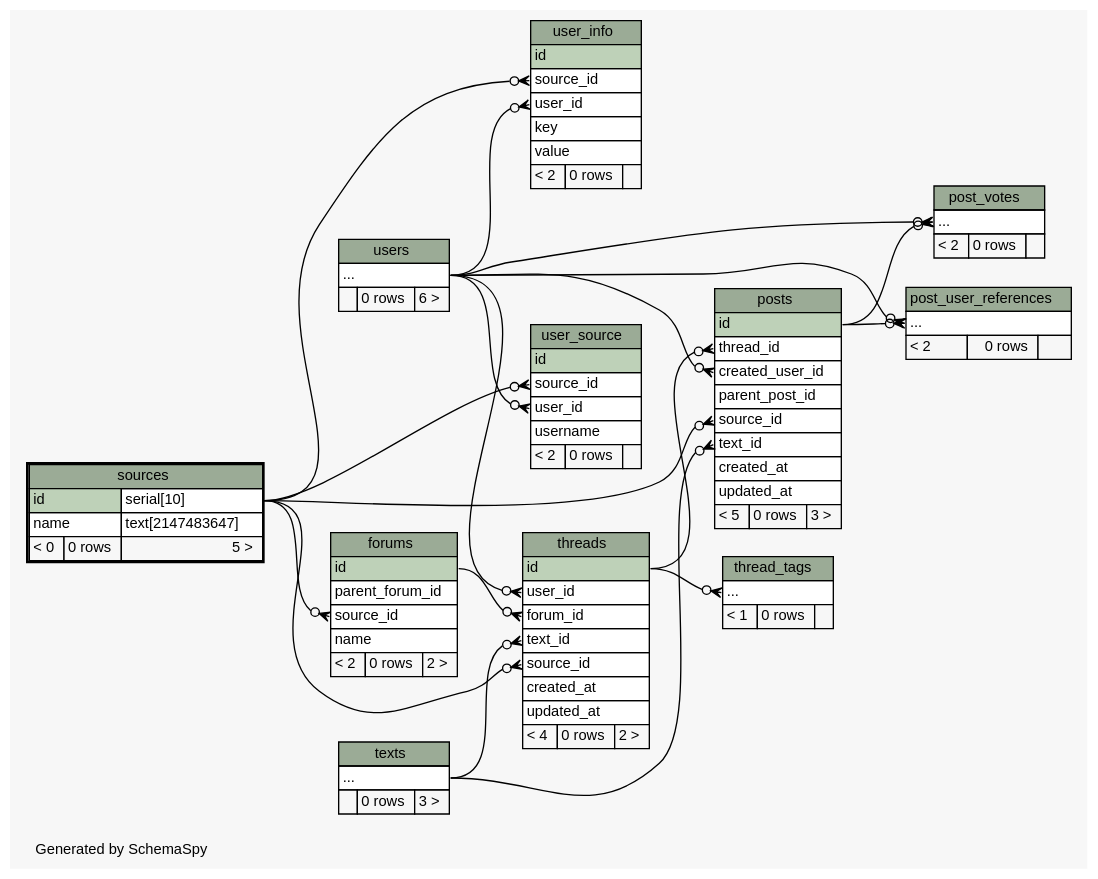
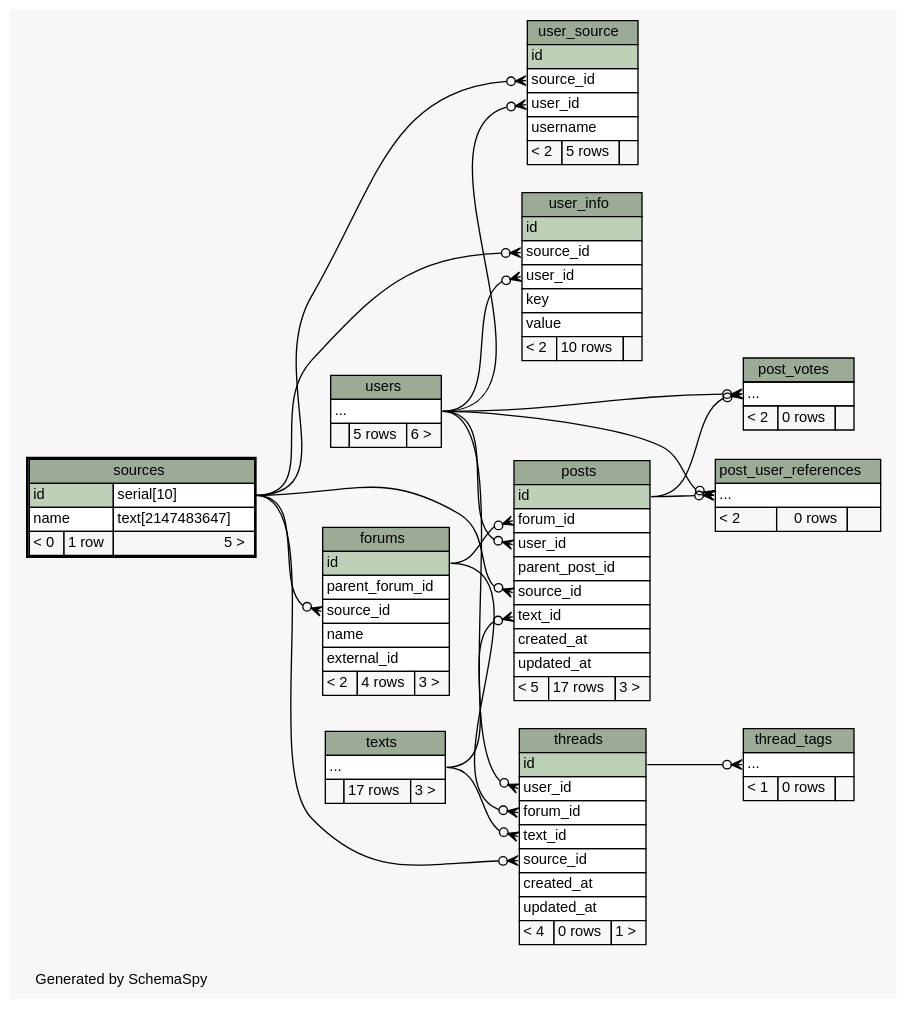
Before and after one commit to ryanaustincarlson/moocdb: the diagram in schema/oltp/diagrams/sources.2degrees.dot, drawn with Graphviz. The commit also changed 77 other files, not shown here.

Commit message:
updated oltp schema

```diff
--- a/schema/oltp/diagrams/sources.2degrees.dot
+++ b/schema/oltp/diagrams/sources.2degrees.dot
@@ -1,174 +1,175 @@
-// dot 2.34.0 on Mac OS X 10.8.3
+// dot 2.32.0 on Mac OS X 10.8.5
 // SchemaSpy rev 590
 digraph "twoDegreesRelationshipsDiagram" {
   graph [
     rankdir="RL"
     bgcolor="#f7f7f7"
     label="\nGenerated by SchemaSpy"
     labeljust="l"
     nodesep="0.18"
     ranksep="0.46"
     fontname="Helvetica"
     fontsize="11"
   ];
   node [
     fontname="Helvetica"
     fontsize="11"
     shape="plaintext"
   ];
   edge [
     arrowsize="0.8"
   ];
   "forums":"source_id":w -> "sources":"id.type":e [arrowhead=none dir=back arrowtail=crowodot];
   "post_user_references":"elipses":w -> "posts":"id":e [arrowhead=none dir=back arrowtail=crowodot];
   "post_user_references":"elipses":w -> "users":"elipses":e [arrowhead=none dir=back arrowtail=crowodot];
   "post_votes":"elipses":w -> "posts":"id":e [arrowhead=none dir=back arrowtail=crowodot];
   "post_votes":"elipses":w -> "users":"elipses":e [arrowhead=none dir=back arrowtail=crowodot];
-  "posts":"created_user_id":w -> "users":"elipses":e [arrowhead=none dir=back arrowtail=crowodot];
+  "posts":"forum_id":w -> "forums":"id":e [arrowhead=none dir=back arrowtail=crowodot];
   "posts":"source_id":w -> "sources":"id.type":e [arrowhead=none dir=back arrowtail=crowodot];
   "posts":"text_id":w -> "texts":"elipses":e [arrowhead=none dir=back arrowtail=crowodot];
-  "posts":"thread_id":w -> "threads":"id":e [arrowhead=none dir=back arrowtail=crowodot];
+  "posts":"user_id":w -> "users":"elipses":e [arrowhead=none dir=back arrowtail=crowodot];
   "thread_tags":"elipses":w -> "threads":"id":e [arrowhead=none dir=back arrowtail=crowodot];
   "threads":"forum_id":w -> "forums":"id":e [arrowhead=none dir=back arrowtail=crowodot];
   "threads":"source_id":w -> "sources":"id.type":e [arrowhead=none dir=back arrowtail=crowodot];
   "threads":"text_id":w -> "texts":"elipses":e [arrowhead=none dir=back arrowtail=crowodot];
   "threads":"user_id":w -> "users":"elipses":e [arrowhead=none dir=back arrowtail=crowodot];
   "user_info":"source_id":w -> "sources":"id.type":e [arrowhead=none dir=back arrowtail=crowodot];
   "user_info":"user_id":w -> "users":"elipses":e [arrowhead=none dir=back arrowtail=crowodot];
   "user_source":"source_id":w -> "sources":"id.type":e [arrowhead=none dir=back arrowtail=crowodot];
   "user_source":"user_id":w -> "users":"elipses":e [arrowhead=none dir=back arrowtail=crowodot];
   "forums" [
     label=<
     <TABLE BORDER="0" CELLBORDER="1" CELLSPACING="0" BGCOLOR="#ffffff">
       <TR><TD COLSPAN="3" BGCOLOR="#9bab96" ALIGN="CENTER">forums</TD></TR>
       <TR><TD PORT="id" COLSPAN="3" BGCOLOR="#bed1b8" ALIGN="LEFT">id</TD></TR>
       <TR><TD PORT="parent_forum_id" COLSPAN="3" ALIGN="LEFT">parent_forum_id</TD></TR>
       <TR><TD PORT="source_id" COLSPAN="3" ALIGN="LEFT">source_id</TD></TR>
       <TR><TD PORT="name" COLSPAN="3" ALIGN="LEFT">name</TD></TR>
-      <TR><TD ALIGN="LEFT" BGCOLOR="#f7f7f7">&lt; 2</TD><TD ALIGN="RIGHT" BGCOLOR="#f7f7f7">0 rows</TD><TD ALIGN="RIGHT" BGCOLOR="#f7f7f7">2 &gt;</TD></TR>
+      <TR><TD PORT="external_id" COLSPAN="3" ALIGN="LEFT">external_id</TD></TR>
+      <TR><TD ALIGN="LEFT" BGCOLOR="#f7f7f7">&lt; 2</TD><TD ALIGN="RIGHT" BGCOLOR="#f7f7f7">4 rows</TD><TD ALIGN="RIGHT" BGCOLOR="#f7f7f7">3 &gt;</TD></TR>
     </TABLE>>
     URL="forums.html"
     tooltip="forums"
   ];
   "post_user_references" [
     label=<
     <TABLE BORDER="0" CELLBORDER="1" CELLSPACING="0" BGCOLOR="#ffffff">
       <TR><TD COLSPAN="3" BGCOLOR="#9bab96" ALIGN="CENTER">post_user_references</TD></TR>
       <TR><TD PORT="elipses" COLSPAN="3" ALIGN="LEFT">...</TD></TR>
       <TR><TD ALIGN="LEFT" BGCOLOR="#f7f7f7">&lt; 2</TD><TD ALIGN="RIGHT" BGCOLOR="#f7f7f7">0 rows</TD><TD ALIGN="RIGHT" BGCOLOR="#f7f7f7">  </TD></TR>
     </TABLE>>
     URL="post_user_references.html"
     tooltip="post_user_references"
   ];
   "post_votes" [
     label=<
     <TABLE BORDER="0" CELLBORDER="1" CELLSPACING="0" BGCOLOR="#ffffff">
       <TR><TD COLSPAN="3" BGCOLOR="#9bab96" ALIGN="CENTER">post_votes</TD></TR>
       <TR><TD PORT="elipses" COLSPAN="3" ALIGN="LEFT">...</TD></TR>
       <TR><TD ALIGN="LEFT" BGCOLOR="#f7f7f7">&lt; 2</TD><TD ALIGN="RIGHT" BGCOLOR="#f7f7f7">0 rows</TD><TD ALIGN="RIGHT" BGCOLOR="#f7f7f7">  </TD></TR>
     </TABLE>>
     URL="post_votes.html"
     tooltip="post_votes"
   ];
   "posts" [
     label=<
     <TABLE BORDER="0" CELLBORDER="1" CELLSPACING="0" BGCOLOR="#ffffff">
       <TR><TD COLSPAN="3" BGCOLOR="#9bab96" ALIGN="CENTER">posts</TD></TR>
       <TR><TD PORT="id" COLSPAN="3" BGCOLOR="#bed1b8" ALIGN="LEFT">id</TD></TR>
-      <TR><TD PORT="thread_id" COLSPAN="3" ALIGN="LEFT">thread_id</TD></TR>
-      <TR><TD PORT="created_user_id" COLSPAN="3" ALIGN="LEFT">created_user_id</TD></TR>
+      <TR><TD PORT="forum_id" COLSPAN="3" ALIGN="LEFT">forum_id</TD></TR>
+      <TR><TD PORT="user_id" COLSPAN="3" ALIGN="LEFT">user_id</TD></TR>
       <TR><TD PORT="parent_post_id" COLSPAN="3" ALIGN="LEFT">parent_post_id</TD></TR>
       <TR><TD PORT="source_id" COLSPAN="3" ALIGN="LEFT">source_id</TD></TR>
       <TR><TD PORT="text_id" COLSPAN="3" ALIGN="LEFT">text_id</TD></TR>
       <TR><TD PORT="created_at" COLSPAN="3" ALIGN="LEFT">created_at</TD></TR>
       <TR><TD PORT="updated_at" COLSPAN="3" ALIGN="LEFT">updated_at</TD></TR>
-      <TR><TD ALIGN="LEFT" BGCOLOR="#f7f7f7">&lt; 5</TD><TD ALIGN="RIGHT" BGCOLOR="#f7f7f7">0 rows</TD><TD ALIGN="RIGHT" BGCOLOR="#f7f7f7">3 &gt;</TD></TR>
+      <TR><TD ALIGN="LEFT" BGCOLOR="#f7f7f7">&lt; 5</TD><TD ALIGN="RIGHT" BGCOLOR="#f7f7f7">17 rows</TD><TD ALIGN="RIGHT" BGCOLOR="#f7f7f7">3 &gt;</TD></TR>
     </TABLE>>
     URL="posts.html"
     tooltip="posts"
   ];
   "sources" [
     label=<
     <TABLE BORDER="2" CELLBORDER="1" CELLSPACING="0" BGCOLOR="#ffffff">
       <TR><TD COLSPAN="3" BGCOLOR="#9bab96" ALIGN="CENTER">sources</TD></TR>
       <TR><TD PORT="id" COLSPAN="2" BGCOLOR="#bed1b8" ALIGN="LEFT">id</TD><TD PORT="id.type" ALIGN="LEFT">serial[10]</TD></TR>
       <TR><TD PORT="name" COLSPAN="2" ALIGN="LEFT">name</TD><TD PORT="name.type" ALIGN="LEFT">text[2147483647]</TD></TR>
-      <TR><TD ALIGN="LEFT" BGCOLOR="#f7f7f7">&lt; 0</TD><TD ALIGN="RIGHT" BGCOLOR="#f7f7f7">0 rows</TD><TD ALIGN="RIGHT" BGCOLOR="#f7f7f7">5 &gt;</TD></TR>
+      <TR><TD ALIGN="LEFT" BGCOLOR="#f7f7f7">&lt; 0</TD><TD ALIGN="RIGHT" BGCOLOR="#f7f7f7">1 row</TD><TD ALIGN="RIGHT" BGCOLOR="#f7f7f7">5 &gt;</TD></TR>
     </TABLE>>
     URL="sources.html"
     tooltip="sources"
   ];
   "texts" [
     label=<
     <TABLE BORDER="0" CELLBORDER="1" CELLSPACING="0" BGCOLOR="#ffffff">
       <TR><TD COLSPAN="3" BGCOLOR="#9bab96" ALIGN="CENTER">texts</TD></TR>
       <TR><TD PORT="elipses" COLSPAN="3" ALIGN="LEFT">...</TD></TR>
-      <TR><TD ALIGN="LEFT" BGCOLOR="#f7f7f7">  </TD><TD ALIGN="RIGHT" BGCOLOR="#f7f7f7">0 rows</TD><TD ALIGN="RIGHT" BGCOLOR="#f7f7f7">3 &gt;</TD></TR>
+      <TR><TD ALIGN="LEFT" BGCOLOR="#f7f7f7">  </TD><TD ALIGN="RIGHT" BGCOLOR="#f7f7f7">17 rows</TD><TD ALIGN="RIGHT" BGCOLOR="#f7f7f7">3 &gt;</TD></TR>
     </TABLE>>
     URL="texts.html"
     tooltip="texts"
   ];
   "thread_tags" [
     label=<
     <TABLE BORDER="0" CELLBORDER="1" CELLSPACING="0" BGCOLOR="#ffffff">
       <TR><TD COLSPAN="3" BGCOLOR="#9bab96" ALIGN="CENTER">thread_tags</TD></TR>
       <TR><TD PORT="elipses" COLSPAN="3" ALIGN="LEFT">...</TD></TR>
       <TR><TD ALIGN="LEFT" BGCOLOR="#f7f7f7">&lt; 1</TD><TD ALIGN="RIGHT" BGCOLOR="#f7f7f7">0 rows</TD><TD ALIGN="RIGHT" BGCOLOR="#f7f7f7">  </TD></TR>
     </TABLE>>
     URL="thread_tags.html"
     tooltip="thread_tags"
   ];
   "threads" [
     label=<
     <TABLE BORDER="0" CELLBORDER="1" CELLSPACING="0" BGCOLOR="#ffffff">
       <TR><TD COLSPAN="3" BGCOLOR="#9bab96" ALIGN="CENTER">threads</TD></TR>
       <TR><TD PORT="id" COLSPAN="3" BGCOLOR="#bed1b8" ALIGN="LEFT">id</TD></TR>
       <TR><TD PORT="user_id" COLSPAN="3" ALIGN="LEFT">user_id</TD></TR>
       <TR><TD PORT="forum_id" COLSPAN="3" ALIGN="LEFT">forum_id</TD></TR>
       <TR><TD PORT="text_id" COLSPAN="3" ALIGN="LEFT">text_id</TD></TR>
       <TR><TD PORT="source_id" COLSPAN="3" ALIGN="LEFT">source_id</TD></TR>
       <TR><TD PORT="created_at" COLSPAN="3" ALIGN="LEFT">created_at</TD></TR>
       <TR><TD PORT="updated_at" COLSPAN="3" ALIGN="LEFT">updated_at</TD></TR>
-      <TR><TD ALIGN="LEFT" BGCOLOR="#f7f7f7">&lt; 4</TD><TD ALIGN="RIGHT" BGCOLOR="#f7f7f7">0 rows</TD><TD ALIGN="RIGHT" BGCOLOR="#f7f7f7">2 &gt;</TD></TR>
+      <TR><TD ALIGN="LEFT" BGCOLOR="#f7f7f7">&lt; 4</TD><TD ALIGN="RIGHT" BGCOLOR="#f7f7f7">0 rows</TD><TD ALIGN="RIGHT" BGCOLOR="#f7f7f7">1 &gt;</TD></TR>
     </TABLE>>
     URL="threads.html"
     tooltip="threads"
   ];
   "user_info" [
     label=<
     <TABLE BORDER="0" CELLBORDER="1" CELLSPACING="0" BGCOLOR="#ffffff">
       <TR><TD COLSPAN="3" BGCOLOR="#9bab96" ALIGN="CENTER">user_info</TD></TR>
       <TR><TD PORT="id" COLSPAN="3" BGCOLOR="#bed1b8" ALIGN="LEFT">id</TD></TR>
       <TR><TD PORT="source_id" COLSPAN="3" ALIGN="LEFT">source_id</TD></TR>
       <TR><TD PORT="user_id" COLSPAN="3" ALIGN="LEFT">user_id</TD></TR>
       <TR><TD PORT="key" COLSPAN="3" ALIGN="LEFT">key</TD></TR>
       <TR><TD PORT="value" COLSPAN="3" ALIGN="LEFT">value</TD></TR>
-      <TR><TD ALIGN="LEFT" BGCOLOR="#f7f7f7">&lt; 2</TD><TD ALIGN="RIGHT" BGCOLOR="#f7f7f7">0 rows</TD><TD ALIGN="RIGHT" BGCOLOR="#f7f7f7">  </TD></TR>
+      <TR><TD ALIGN="LEFT" BGCOLOR="#f7f7f7">&lt; 2</TD><TD ALIGN="RIGHT" BGCOLOR="#f7f7f7">10 rows</TD><TD ALIGN="RIGHT" BGCOLOR="#f7f7f7">  </TD></TR>
     </TABLE>>
     URL="user_info.html"
     tooltip="user_info"
   ];
   "user_source" [
     label=<
     <TABLE BORDER="0" CELLBORDER="1" CELLSPACING="0" BGCOLOR="#ffffff">
       <TR><TD COLSPAN="3" BGCOLOR="#9bab96" ALIGN="CENTER">user_source</TD></TR>
       <TR><TD PORT="id" COLSPAN="3" BGCOLOR="#bed1b8" ALIGN="LEFT">id</TD></TR>
       <TR><TD PORT="source_id" COLSPAN="3" ALIGN="LEFT">source_id</TD></TR>
       <TR><TD PORT="user_id" COLSPAN="3" ALIGN="LEFT">user_id</TD></TR>
       <TR><TD PORT="username" COLSPAN="3" ALIGN="LEFT">username</TD></TR>
-      <TR><TD ALIGN="LEFT" BGCOLOR="#f7f7f7">&lt; 2</TD><TD ALIGN="RIGHT" BGCOLOR="#f7f7f7">0 rows</TD><TD ALIGN="RIGHT" BGCOLOR="#f7f7f7">  </TD></TR>
+      <TR><TD ALIGN="LEFT" BGCOLOR="#f7f7f7">&lt; 2</TD><TD ALIGN="RIGHT" BGCOLOR="#f7f7f7">5 rows</TD><TD ALIGN="RIGHT" BGCOLOR="#f7f7f7">  </TD></TR>
     </TABLE>>
     URL="user_source.html"
     tooltip="user_source"
   ];
   "users" [
     label=<
     <TABLE BORDER="0" CELLBORDER="1" CELLSPACING="0" BGCOLOR="#ffffff">
       <TR><TD COLSPAN="3" BGCOLOR="#9bab96" ALIGN="CENTER">users</TD></TR>
       <TR><TD PORT="elipses" COLSPAN="3" ALIGN="LEFT">...</TD></TR>
-      <TR><TD ALIGN="LEFT" BGCOLOR="#f7f7f7">  </TD><TD ALIGN="RIGHT" BGCOLOR="#f7f7f7">0 rows</TD><TD ALIGN="RIGHT" BGCOLOR="#f7f7f7">6 &gt;</TD></TR>
+      <TR><TD ALIGN="LEFT" BGCOLOR="#f7f7f7">  </TD><TD ALIGN="RIGHT" BGCOLOR="#f7f7f7">5 rows</TD><TD ALIGN="RIGHT" BGCOLOR="#f7f7f7">6 &gt;</TD></TR>
     </TABLE>>
     URL="users.html"
     tooltip="users"
   ];
 }
```
